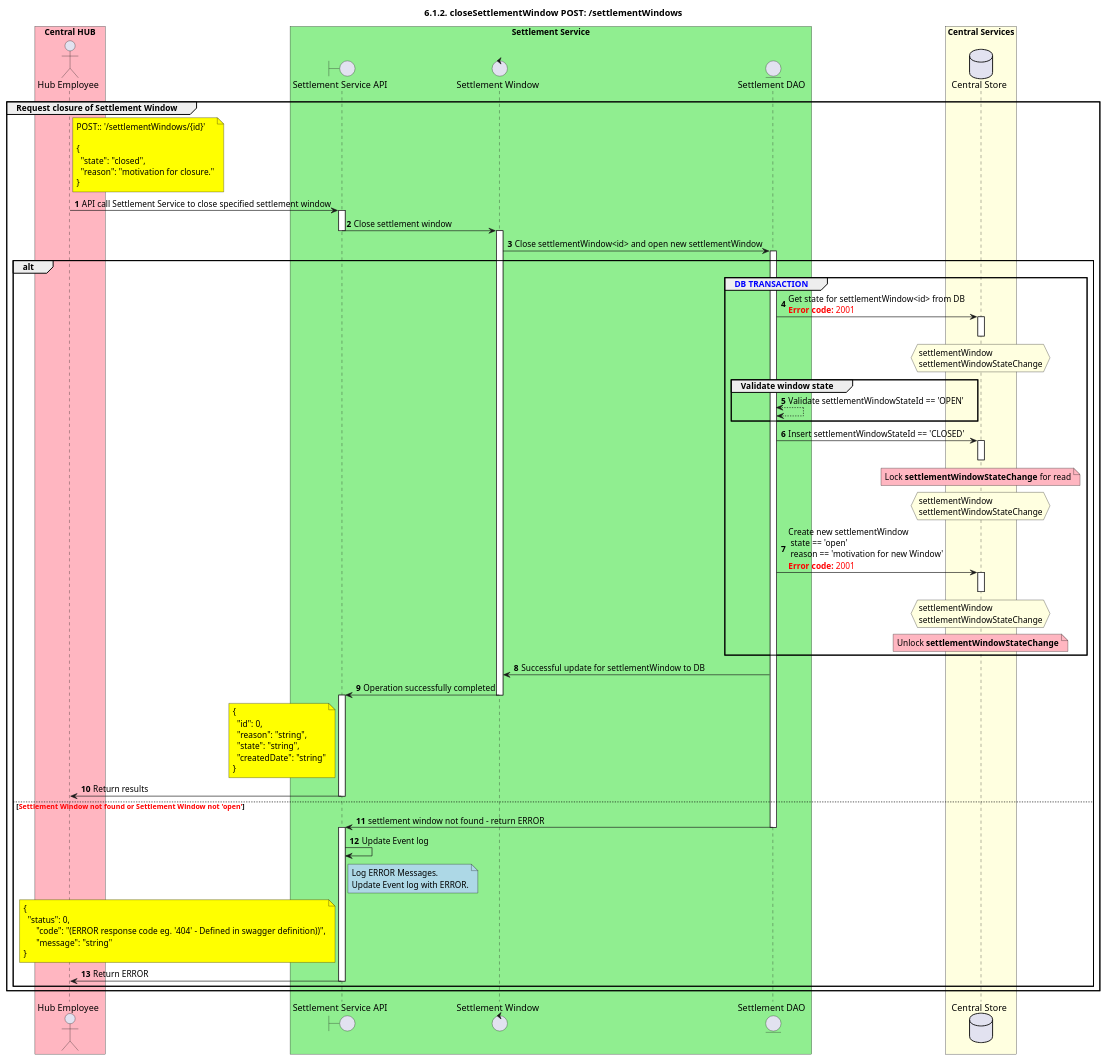
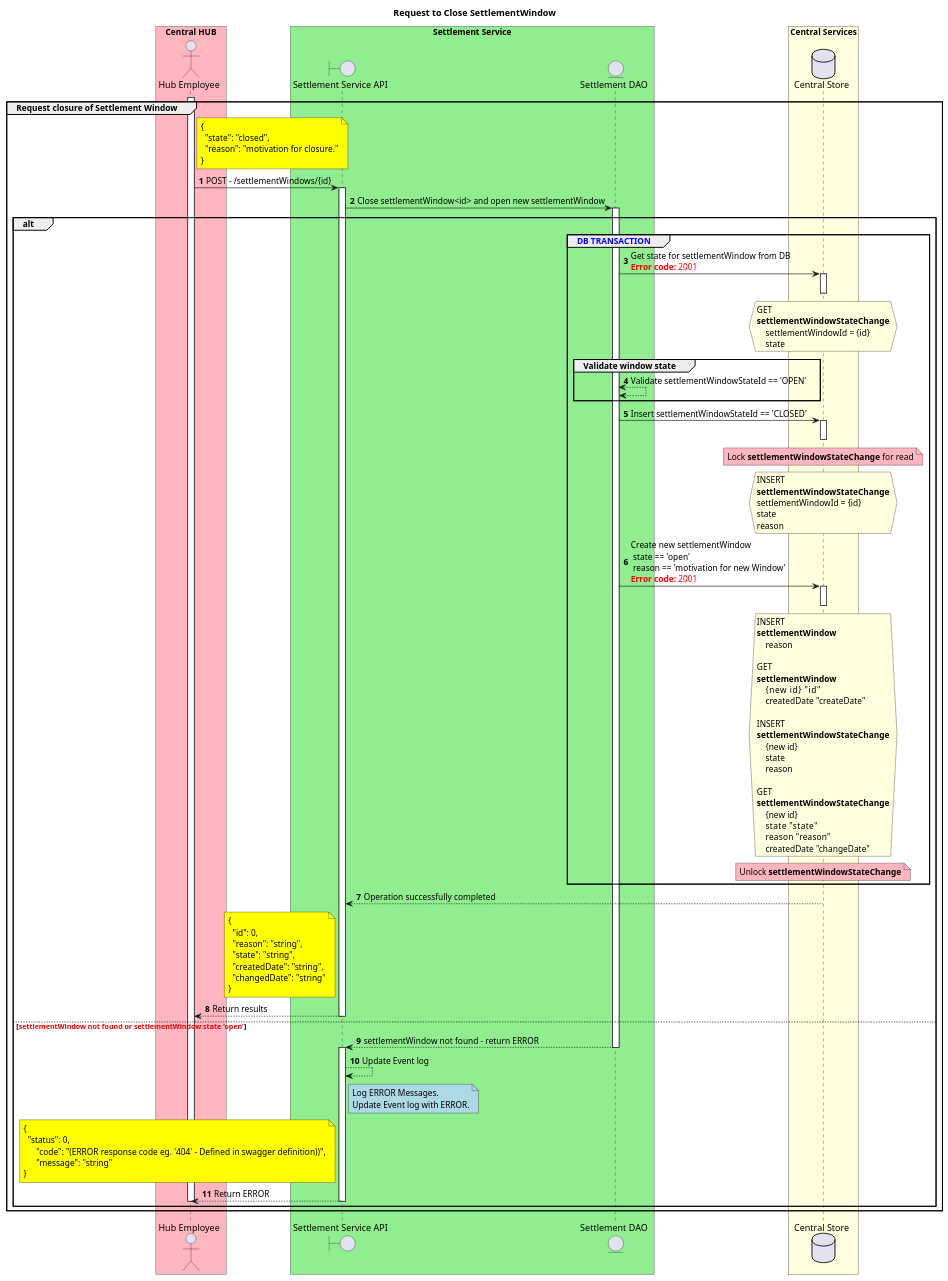
One commit to HenkKodde/docs changed the diagram in CentralServices/seq_diagrams/seq-settleWindow-6.1.2.plantuml. Above: the diagram before and after it, drawn with PlantUML. The commit also changed 12 other files, not shown here.

```diff
--- a/CentralServices/seq_diagrams/seq-settleWindow-6.1.2.plantuml
+++ b/CentralServices/seq_diagrams/seq-settleWindow-6.1.2.plantuml
@@ -1,119 +1,151 @@
 @startuml
 ' declate title
-title 6.1.2. closeSettlementWindow POST: /settlementWindows
+title Request to Close SettlementWindow
+'title 6.1.2. closeSettlementWindow POST: /settlementWindows
 
 autonumber
 
-' Actor Keys:
 ' declare actors
-
 actor "Hub Employee" as OPERATOR
 
 boundary "Settlement Service API" as SSAPI
-control "Settlement Window" as SETTLEWINDOW
 entity "Settlement DAO" as SETTLE_DAO
 
 database "Central Store" as DB
 
 box "Central HUB" #LightPink
     participant OPERATOR
 end box
 
 box "Settlement Service" #LightGreen
     participant SSAPI
-    participant SETTLEWINDOW
     participant SETTLE_DAO
 end box
 
 box "Central Services" #LightYellow
     participant DB
 end box
 
 ' start flow
-
 group Request closure of Settlement Window
+    activate OPERATOR
     note right of OPERATOR #Yellow
-        POST:: '/settlementWindows/{id}'
-
         {
           "state": "closed",
           "reason": "motivation for closure."
         }
     end note
-    OPERATOR -> SSAPI: API call Settlement Service to close specified settlement window
+    OPERATOR -> SSAPI: POST - /settlementWindows/{id}
     activate SSAPI
-    SSAPI -> SETTLEWINDOW: Close settlement window
-    deactivate SSAPI
-    activate SETTLEWINDOW
-        SETTLEWINDOW -> SETTLE_DAO: Close settlementWindow<id> and open new settlementWindow
+    SSAPI -> SETTLE_DAO: Close settlementWindow<id> and open new settlementWindow
+    activate SETTLE_DAO
     alt
-        activate SETTLE_DAO
         group <color #blue>DB TRANSACTION</color>
-            SETTLE_DAO -> DB: Get state for settlementWindow<id> from DB \n<color #FF0000><b>Error code:</b> 2001</color>
+            SETTLE_DAO -> DB: Get state for settlementWindow from DB \n<color #FF0000><b>Error code:</b> 2001</color>
             activate DB
             hnote over DB #LightYellow
-                settlementWindow
-                settlementWindowStateChange
+                GET
+                **settlementWindowStateChange**
+                    settlementWindowId = {id}
+                    state
+'                SELECT MAX(settlementWindowStateChangeId), settlementWindowStateId
+'                FROM **settlementWindowStateChange**
+'                WHERE settlementWindowId = {id}
+'                GROUP BY settlementWindowId, settlementWindowStateId;
             end hnote
             deactivate DB
             group Validate window state
                 SETTLE_DAO <--> SETTLE_DAO: Validate settlementWindowStateId == 'OPEN'
             end
-                SETTLE_DAO -> DB: Insert settlementWindowStateId == 'CLOSED'
-                note over DB #Lightpink
+            SETTLE_DAO -> DB: Insert settlementWindowStateId == 'CLOSED'
+            note over DB #Lightpink
                 Lock **settlementWindowStateChange** for read
-                end note
+            end note
             activate DB
-                hnote over DB #LightYellow
-                settlementWindow
-                settlementWindowStateChange
-                end hnote
+            hnote over DB #LightYellow
+                INSERT
+                **settlementWindowStateChange**
+                settlementWindowId = {id}
+                state
+                reason
+'                INSERT INTO settlementWindowStateChange
+'                    (settlementWindowId, settlementWindowStateId, reason)
+'                    VALUE ({id}, {state}, {reason});
+            end hnote
             deactivate DB
-
             SETTLE_DAO -> DB: Create new settlementWindow \n state == 'open'\n reason == 'motivation for new Window' \n<color #FF0000><b>Error code:</b> 2001</color>
             activate DB
-                hnote over DB #LightYellow
-                settlementWindow
-                settlementWindowStateChange
-                end hnote
+            hnote over DB #LightYellow
+                INSERT
+                **settlementWindow**
+                    reason
+
+                GET
+                **settlementWindow**
+                    {new id}    "id"
+                    createdDate "createDate"
+
+                INSERT
+                **settlementWindowStateChange**
+                    {new id}
+                    state
+                    reason
+
+                GET
+                **settlementWindowStateChange**
+                    {new id}
+                    state   "state"
+                    reason  "reason"
+                    createdDate "changeDate"
+'                INSERT INTO **settlementWindow**
+'                    (reason)
+'                    VALUE ({reason});
+'
+'                SELECT MAX(settlementWindowId) AS nsw
+'                FROM **settlementWindow**
+'                    GROUP BY settlementWindowId
+'
+'                INSERT INTO **settlementWindowStateChange**
+'                    (settlementWindowId, settlementWindowStateId, reason)
+'                    VALUE (nsw, 'OPEN', {reason});
+            end hnote
             deactivate DB
-                note over DB #Lightpink
-                Unlock **settlementWindowStateChange**
-                end note
+            note over DB #Lightpink
+            Unlock **settlementWindowStateChange**
+            end note
         end
-        SETTLEWINDOW <- SETTLE_DAO: Successful update for settlementWindow to DB
-    SSAPI <- SETTLEWINDOW: Operation successfully completed
-    deactivate SETTLEWINDOW
-    activate SSAPI
+        SSAPI <-- DB: Operation successfully completed
         note left of SSAPI #Yellow
         {
           "id": 0,
           "reason": "string",
           "state": "string",
-          "createdDate": "string"
+          "createdDate": "string",
+          "changedDate": "string"
         }
         end note
-    OPERATOR <- SSAPI: Return results
-    deactivate SSAPI
-    else <color #FF0000><b>Settlement Window not found or Settlement Window not 'open'</b></color>
+        OPERATOR <-- SSAPI: Return results
+        deactivate SSAPI
+    else <color #FF0000><b>settlementWindow not found or settlementWindow state 'open'</b></color>
 
-    SETTLE_DAO -> SSAPI: settlement window not found - return ERROR
-    deactivate SETTLE_DAO
-    activate SSAPI
-    SSAPI -> SSAPI: Update Event log
-    note right of SSAPI #LightBlue
+        SSAPI <-- SETTLE_DAO: settlementWindow not found - return ERROR
+        deactivate SETTLE_DAO
+        activate SSAPI
+        SSAPI --> SSAPI: Update Event log
+        note right of SSAPI #LightBlue
         Log ERROR Messages.
         Update Event log with ERROR.
-    end note
-    note left of SSAPI #Yellow
+        end note
+        note left of SSAPI #Yellow
         {
           "status": 0,
               "code": "(ERROR response code eg. '404' - Defined in swagger definition))",
               "message": "string"
         }
-    end note
-    OPERATOR <- SSAPI: Return ERROR
-    deactivate SSAPI
+        end note
+        OPERATOR <-- SSAPI: Return ERROR
+        deactivate SSAPI
+        deactivate OPERATOR
     end
 end
 @enduml
```
